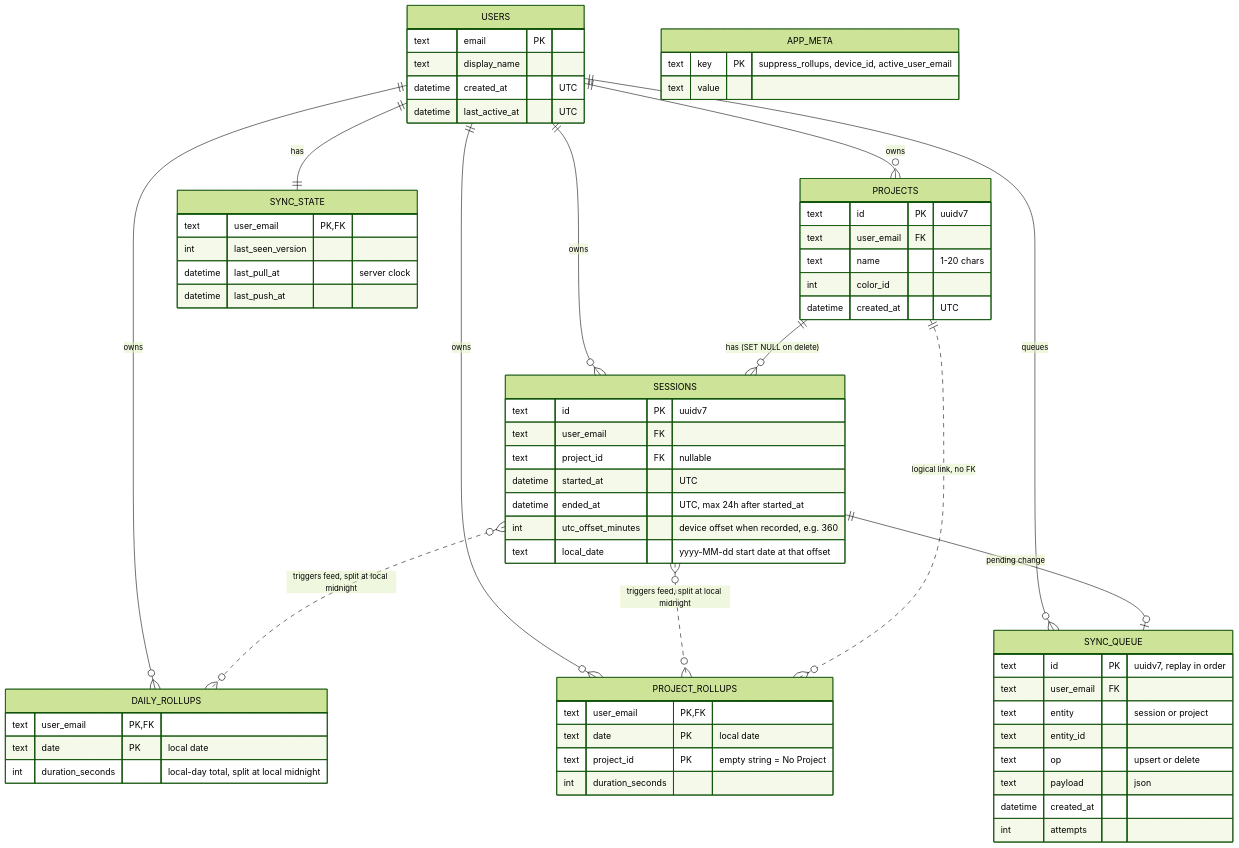
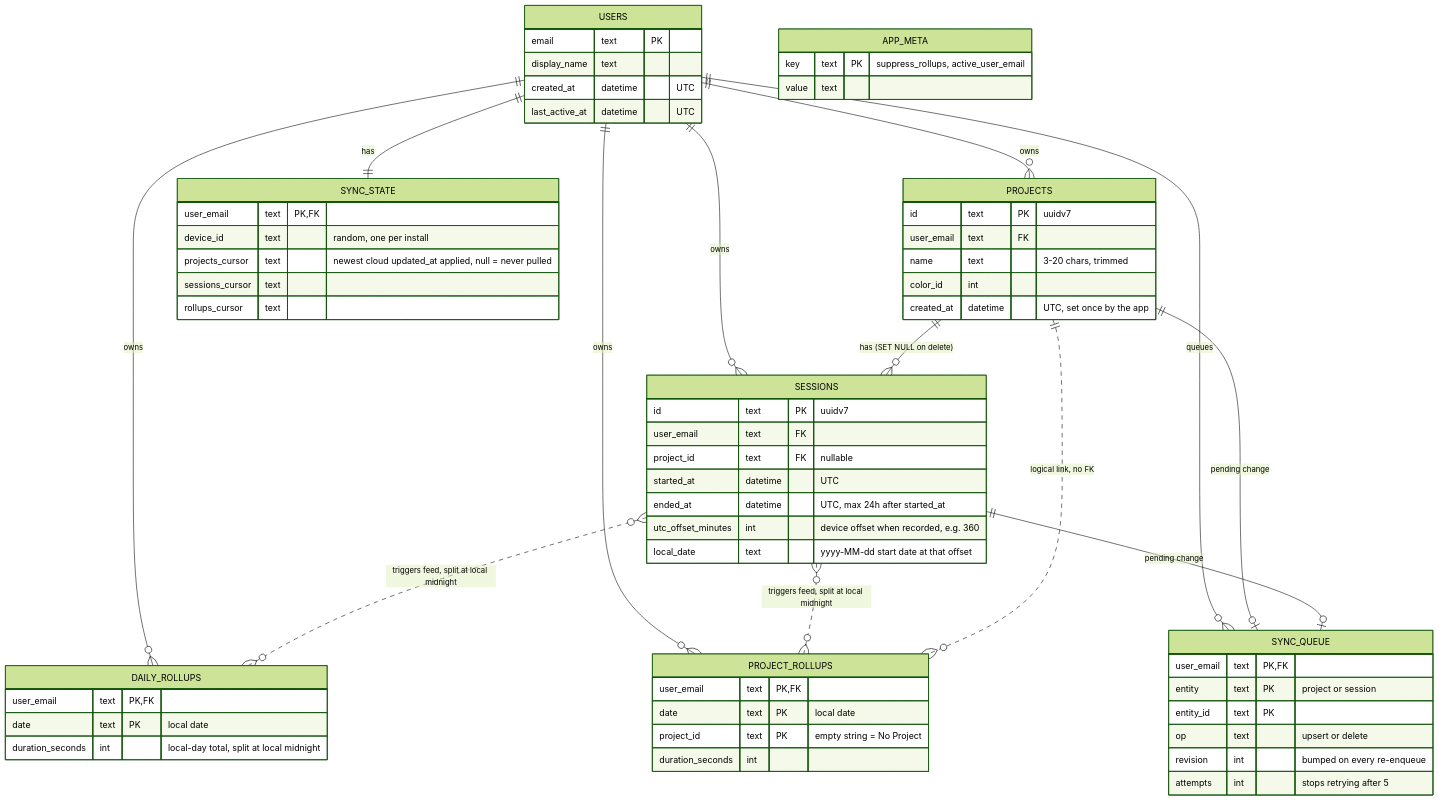
Before and after one commit to sardaar-niamotullah/tarkeez: the second of 3 diagrams in README.md, drawn with Mermaid (forest theme). The commit also changed other lines of this file and 6 other files, not shown here.

````diff
--- a/README.md
+++ b/README.md
@@ -84,68 +110,68 @@
 ```mermaid
 erDiagram
   USERS ||--o{ PROJECTS : owns
   USERS ||--o{ SESSIONS : owns
   USERS ||--o{ DAILY_ROLLUPS : owns
   USERS ||--o{ PROJECT_ROLLUPS : owns
   USERS ||--o{ SYNC_QUEUE : queues
   USERS ||--|| SYNC_STATE : has
   PROJECTS ||--o{ SESSIONS : "has (SET NULL on delete)"
   SESSIONS }o..o{ DAILY_ROLLUPS : "triggers feed, split at local midnight"
   SESSIONS }o..o{ PROJECT_ROLLUPS : "triggers feed, split at local midnight"
   PROJECTS ||..o{ PROJECT_ROLLUPS : "logical link, no FK"
+  PROJECTS ||--o| SYNC_QUEUE : "pending change"
   SESSIONS ||--o| SYNC_QUEUE : "pending change"
 
   USERS {
-    text email PK
-    text display_name
-    datetime created_at "UTC"
-    datetime last_active_at "UTC"
+    email text PK
+    display_name text
+    created_at datetime "UTC"
+    last_active_at datetime "UTC"
   }
   PROJECTS {
-    text id PK "uuidv7"
-    text user_email FK
-    text name "1-20 chars"
-    int color_id
-    datetime created_at "UTC"
+    id text PK "uuidv7"
+    user_email text FK
+    name text "3-20 chars, trimmed"
+    color_id int
+    created_at datetime "UTC, set once by the app"
   }
   SESSIONS {
-    text id PK "uuidv7"
-    text user_email FK
-    text project_id FK "nullable"
-    datetime started_at "UTC"
-    datetime ended_at "UTC, max 24h after started_at"
-    int utc_offset_minutes "device offset when recorded, e.g. 360"
-    text local_date "yyyy-MM-dd start date at that offset"
+    id text PK "uuidv7"
+    user_email text FK
+    project_id text FK "nullable"
+    started_at datetime "UTC"
+    ended_at datetime "UTC, max 24h after started_at"
+    utc_offset_minutes int "device offset when recorded, e.g. 360"
+    local_date text "yyyy-MM-dd start date at that offset"
   }
   DAILY_ROLLUPS {
-    text user_email PK, FK
-    text date PK "local date"
-    int duration_seconds "local-day total, split at local midnight"
+    user_email text PK, FK
+    date text PK "local date"
+    duration_seconds int "local-day total, split at local midnight"
   }
   PROJECT_ROLLUPS {
-    text user_email PK, FK
-    text date PK "local date"
-    text project_id PK "empty string = No Project"
-    int duration_seconds
+    user_email text PK, FK
+    date text PK "local date"
+    project_id text PK "empty string = No Project"
+    duration_seconds int
   }
   SYNC_QUEUE {
-    text id PK "uuidv7, replay in order"
-    text user_email FK
-    text entity "session or project"
-    text entity_id
-    text op "upsert or delete"
-    text payload "json"
-    datetime created_at
-    int attempts
+    user_email text PK, FK
+    entity text PK "project or session"
+    entity_id text PK
+    op text "upsert or delete"
+    revision int "bumped on every re-enqueue"
+    attempts int "stops retrying after 5"
   }
   SYNC_STATE {
-    text user_email PK, FK
-    int last_seen_version
-    datetime last_pull_at "server clock"
-    datetime last_push_at
+    user_email text PK, FK
+    device_id text "random, one per install"
+    projects_cursor text "newest cloud updated_at applied, null = never pulled"
+    sessions_cursor text
+    rollups_cursor text
   }
   APP_META {
-    text key PK "suppress_rollups, device_id, active_user_email"
-    text value
+    key text PK "suppress_rollups, active_user_email"
+    value text
   }
 ```
````
